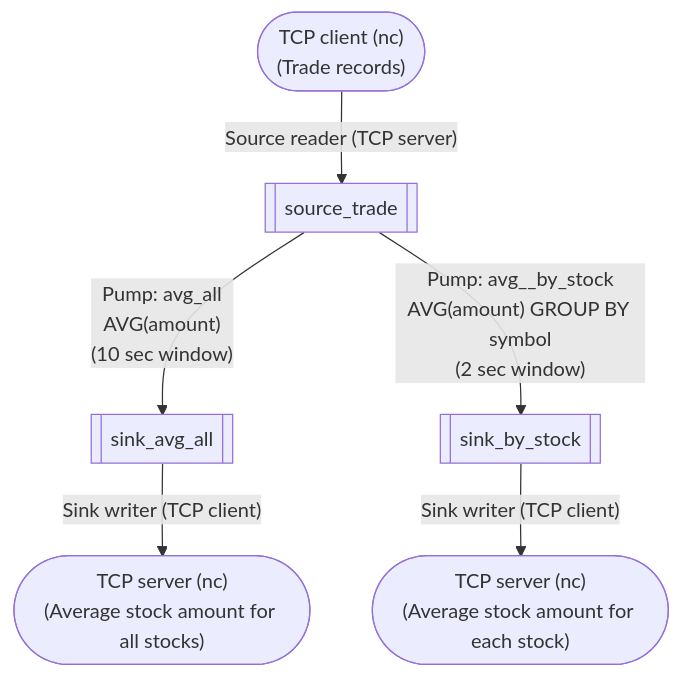
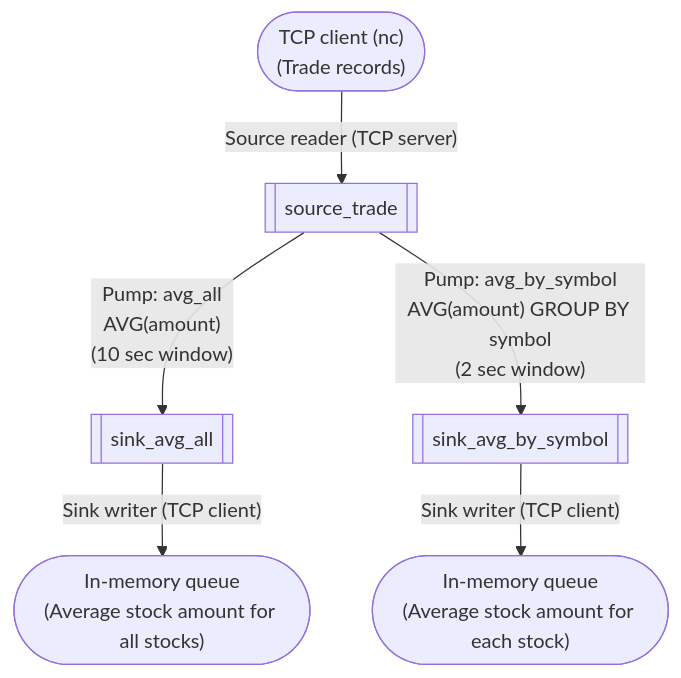
The second of 2 diagrams in docs/get-started/write-basic-apps.mdx (SpringQL/SpringQL.github.io), drawn with Mermaid before and after one commit. The commit also changed other lines of this file, not shown here.

````diff
--- a/docs/get-started/write-basic-apps.mdx
+++ b/docs/get-started/write-basic-apps.mdx
@@ -298,12 +298,12 @@
 ```mermaid
 graph TB
     fsrc(["TCP client (nc)<br>(Trade records)"]) -- "Source reader (TCP server)" -->
 
     src[[source_trade]] -- "Pump: avg_all<br>AVG(amount)<br>(10 sec window)" -->
     sink_all[[sink_avg_all]] -- "Sink writer (TCP client)" -->
-    fsink_all(["TCP server (nc)<br>(Average stock amount for all stocks)"])
+    fsink_all(["In-memory queue<br>(Average stock amount for all stocks)"])
 
-    src[[source_trade]] -- "Pump: avg__by_stock<br>AVG(amount) GROUP BY symbol<br>(2 sec window)" -->
-    sink_by_stock[[sink_by_stock]] -- "Sink writer (TCP client)" -->
-    fsink_by_stock(["TCP server (nc)<br>(Average stock amount for each stock)"])
+    src[[source_trade]] -- "Pump: avg_by_symbol<br>AVG(amount) GROUP BY symbol<br>(2 sec window)" -->
+    sink_avg_by_stock[[sink_avg_by_symbol]] -- "Sink writer (TCP client)" -->
+    fsink_by_stock(["In-memory queue<br>(Average stock amount for each stock)"])
 ```
````
